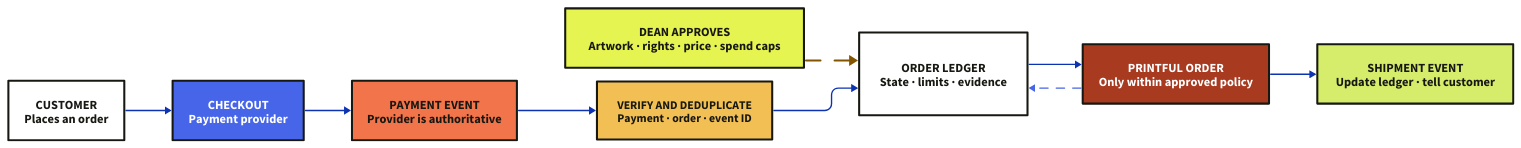
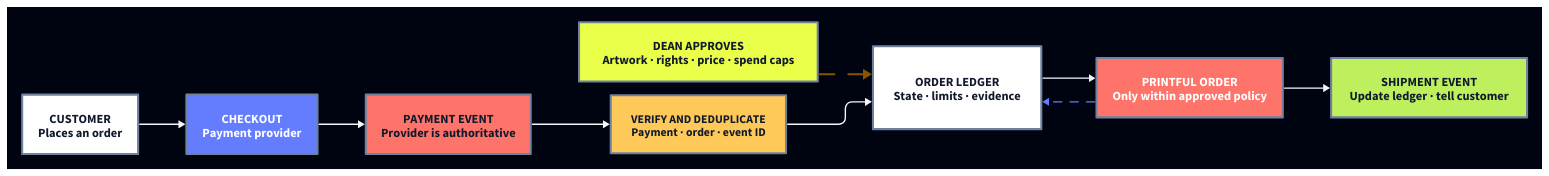
One commit to loftwah/woodhouse-new changed the diagram in public/diagrams/payment-fulfilment.d2. Above: the diagram before and after it, drawn with D2. The commit also changed 105 other files, not shown here.

```diff
--- a/public/diagrams/payment-fulfilment.d2
+++ b/public/diagrams/payment-fulfilment.d2
@@ -1,15 +1,15 @@
 direction: right
-vars: {d2-config: {layout-engine: elk; theme-id: 0}}
+vars: {d2-config: {layout-engine: elk; theme-id: 201}}
 
-catalogue: "DEAN APPROVES\nArtwork · rights · price · spend caps" {style.fill: "#E6F451"; style.stroke: "#171812"; style.stroke-width: 3; style.font-color: "#171812"; style.font-size: 18; style.bold: true}
-customer: "CUSTOMER\nPlaces an order" {style.fill: "#FFFFFF"; style.stroke: "#171812"; style.stroke-width: 3; style.font-color: "#171812"; style.font-size: 18; style.bold: true}
-checkout: "CHECKOUT\nPayment provider" {style.fill: "#4665E8"; style.stroke: "#171812"; style.stroke-width: 3; style.font-color: "#FFFFFF"; style.font-size: 18; style.bold: true}
-event: "PAYMENT EVENT\nProvider is authoritative" {style.fill: "#F2744A"; style.stroke: "#171812"; style.stroke-width: 3; style.font-color: "#171812"; style.font-size: 18; style.bold: true}
-verify: "VERIFY AND DEDUPLICATE\nPayment · order · event ID" {style.fill: "#F1BF54"; style.stroke: "#171812"; style.stroke-width: 3; style.font-color: "#171812"; style.font-size: 17; style.bold: true}
-ledger: "ORDER LEDGER\nState · limits · evidence" {style.fill: "#FFFFFF"; style.stroke: "#171812"; style.stroke-width: 3; style.font-color: "#171812"; style.font-size: 18; style.bold: true}
-fulfilment: "PRINTFUL ORDER\nOnly within approved policy" {style.fill: "#A83A20"; style.stroke: "#171812"; style.stroke-width: 3; style.font-color: "#FFFFFF"; style.font-size: 18; style.bold: true}
-shipment: "SHIPMENT EVENT\nUpdate ledger · tell customer" {style.fill: "#D6EC6B"; style.stroke: "#171812"; style.stroke-width: 3; style.font-color: "#171812"; style.font-size: 18; style.bold: true}
+catalogue: "DEAN APPROVES\nArtwork · rights · price · spend caps" {style.fill: "#E9FF49"; style.stroke: "#6E819F"; style.stroke-width: 3; style.font-color: "#111A2C"; style.font-size: 18; style.bold: true}
+customer: "CUSTOMER\nPlaces an order" {style.fill: "#FFFFFF"; style.stroke: "#6E819F"; style.stroke-width: 3; style.font-color: "#111A2C"; style.font-size: 18; style.bold: true}
+checkout: "CHECKOUT\nPayment provider" {style.fill: "#647DFF"; style.stroke: "#6E819F"; style.stroke-width: 3; style.font-color: "#FFFFFF"; style.font-size: 18; style.bold: true}
+event: "PAYMENT EVENT\nProvider is authoritative" {style.fill: "#FF746A"; style.stroke: "#6E819F"; style.stroke-width: 3; style.font-color: "#111A2C"; style.font-size: 18; style.bold: true}
+verify: "VERIFY AND DEDUPLICATE\nPayment · order · event ID" {style.fill: "#FFC95A"; style.stroke: "#6E819F"; style.stroke-width: 3; style.font-color: "#111A2C"; style.font-size: 17; style.bold: true}
+ledger: "ORDER LEDGER\nState · limits · evidence" {style.fill: "#FFFFFF"; style.stroke: "#6E819F"; style.stroke-width: 3; style.font-color: "#111A2C"; style.font-size: 18; style.bold: true}
+fulfilment: "PRINTFUL ORDER\nOnly within approved policy" {style.fill: "#FF746A"; style.stroke: "#6E819F"; style.stroke-width: 3; style.font-color: "#FFFFFF"; style.font-size: 18; style.bold: true}
+shipment: "SHIPMENT EVENT\nUpdate ledger · tell customer" {style.fill: "#BEF05E"; style.stroke: "#6E819F"; style.stroke-width: 3; style.font-color: "#111A2C"; style.font-size: 18; style.bold: true}
 
 catalogue -> ledger {style.stroke: "#835500"; style.stroke-width: 3; style.stroke-dash: 7}
 customer -> checkout -> event -> verify -> ledger -> fulfilment -> shipment
-fulfilment -> ledger {style.stroke: "#4665E8"; style.stroke-width: 2; style.stroke-dash: 6}
+fulfilment -> ledger {style.stroke: "#647DFF"; style.stroke-width: 2; style.stroke-dash: 6}
```
